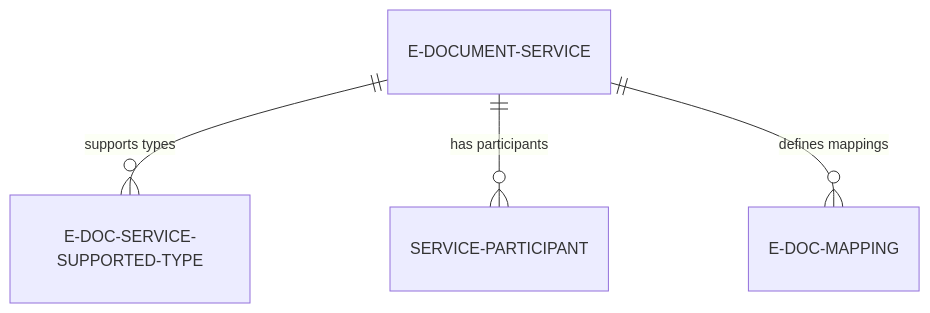
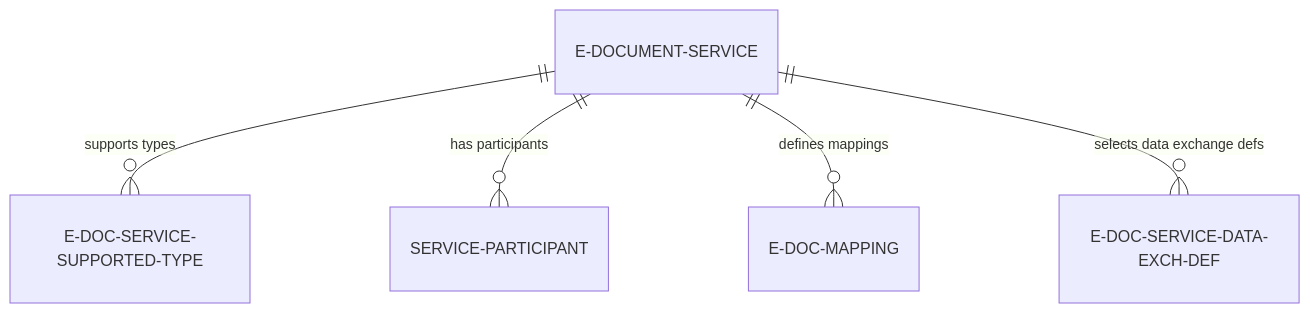
The second of 3 diagrams in E-Document Core/docs/data-model.md (StefanMaron/MSDyn365BC.Sandbox.Code.History), drawn with Mermaid before and after one commit. The commit also changed other lines of this file and 407 other files, not shown here.

````diff
--- a/E-Document Core/docs/data-model.md
+++ b/E-Document Core/docs/data-model.md
@@ -35,6 +38,7 @@
 ```mermaid
 erDiagram
     E-DOCUMENT-SERVICE ||--o{ E-DOC-SERVICE-SUPPORTED-TYPE : "supports types"
     E-DOCUMENT-SERVICE ||--o{ SERVICE-PARTICIPANT : "has participants"
     E-DOCUMENT-SERVICE ||--o{ E-DOC-MAPPING : "defines mappings"
+    E-DOCUMENT-SERVICE ||--o{ E-DOC-SERVICE-DATA-EXCH-DEF : "selects data exchange defs"
 ```
````
